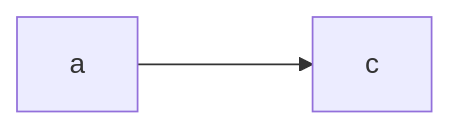
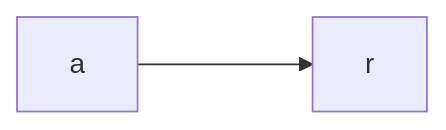
One commit to crazylddddd/NOTE changed the diagram in test.md. Above: the diagram before and after it, drawn with Mermaid.

Commit message:
modified:   test.md

````diff
--- a/test.md
+++ b/test.md
@@ -3,4 +3,4 @@
 ```mermaid
 flowchart LR
-    a ---> c 
+    a ---> r 
 ```
````
